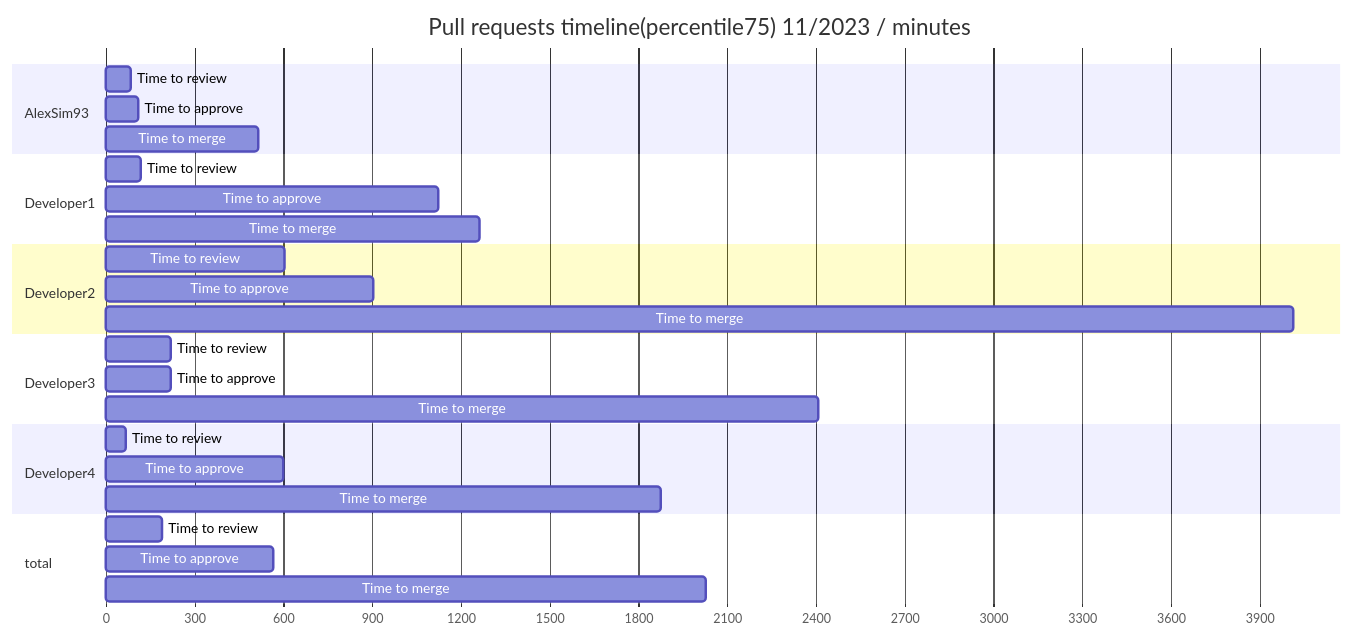
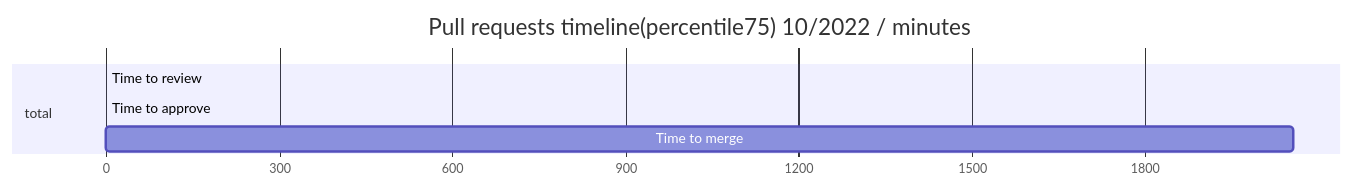
Before and after one commit to AlexSim93/pull-request-analytics-action: diagram 13 of 20 in examples/nPRsReport.md, drawn with Mermaid. The commit also changed other lines of this file and 3 other files, not shown here.

````diff
--- a/examples/nPRsReport.md
+++ b/examples/nPRsReport.md
@@ -243,36 +275,11 @@
 ```mermaid
 gantt
-title Pull requests timeline(percentile75) 11/2023 / minutes
+title Pull requests timeline(percentile75) 10/2022 / minutes
 dateFormat X
 axisFormat %s
-section AlexSim93
-                Time to review :  0, 85
-Time to approve :  0, 110
-Time to merge :  0, 515
-        
-section Developer1
-                Time to review :  0, 118
-Time to approve :  0, 1123
-Time to merge :  0, 1263
-        
-section Developer2
-                Time to review :  0, 602
-Time to approve :  0, 905
-Time to merge :  0, 4012
-        
-section Developer3
-                Time to review :  0, 218
-Time to approve :  0, 218
-Time to merge :  0, 2407
-        
-section Developer4
-                Time to review :  0, 68
-Time to approve :  0, 600
-Time to merge :  0, 1873
-        
 section total
-                Time to review :  0, 188
-Time to approve :  0, 565
-Time to merge :  0, 2028
-        
+                Time to review :  0, 1
+Time to approve :  0, 1
+Time to merge :  0, 2057
+
 ```
````
